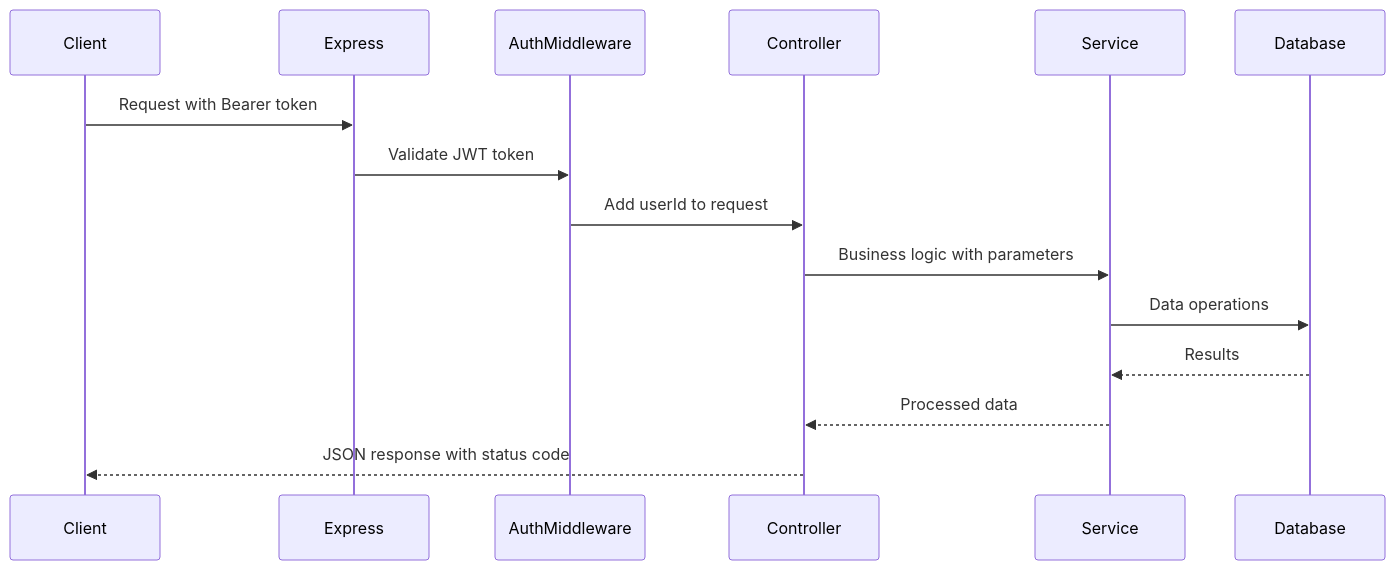
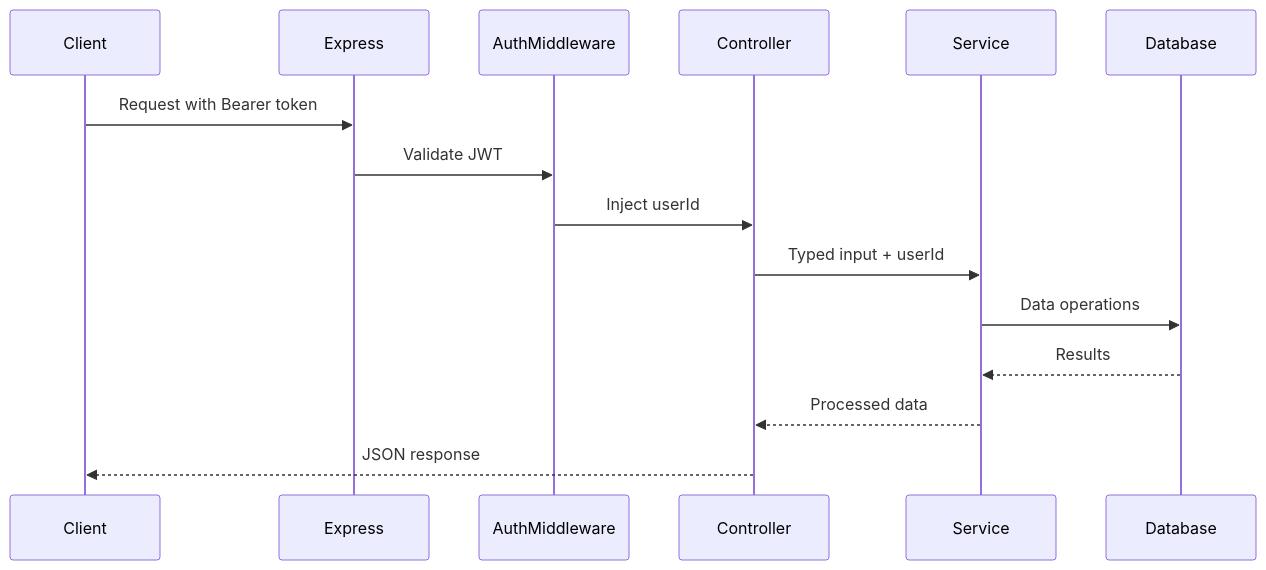
One commit to azeema11/azerro_backend changed the second of 5 diagrams in BACKEND_ARCHITECTURE.md. Above: the diagram before and after it, drawn with Mermaid. The commit also changed other lines of this file and 20 other files, not shown here.

````diff
--- a/BACKEND_ARCHITECTURE.md
+++ b/BACKEND_ARCHITECTURE.md
@@ -123,18 +113,18 @@
 ```mermaid
 sequenceDiagram
     participant Client
     participant Express
     participant AuthMiddleware
     participant Controller
     participant Service
     participant Database
 
     Client->>Express: Request with Bearer token
-    Express->>AuthMiddleware: Validate JWT token
-    AuthMiddleware->>Controller: Add userId to request
-    Controller->>Service: Business logic with parameters
+    Express->>AuthMiddleware: Validate JWT
+    AuthMiddleware->>Controller: Inject userId
+    Controller->>Service: Typed input + userId
     Service->>Database: Data operations
     Database-->>Service: Results
     Service-->>Controller: Processed data
-    Controller-->>Client: JSON response with status code
+    Controller-->>Client: JSON response
 ```
````
